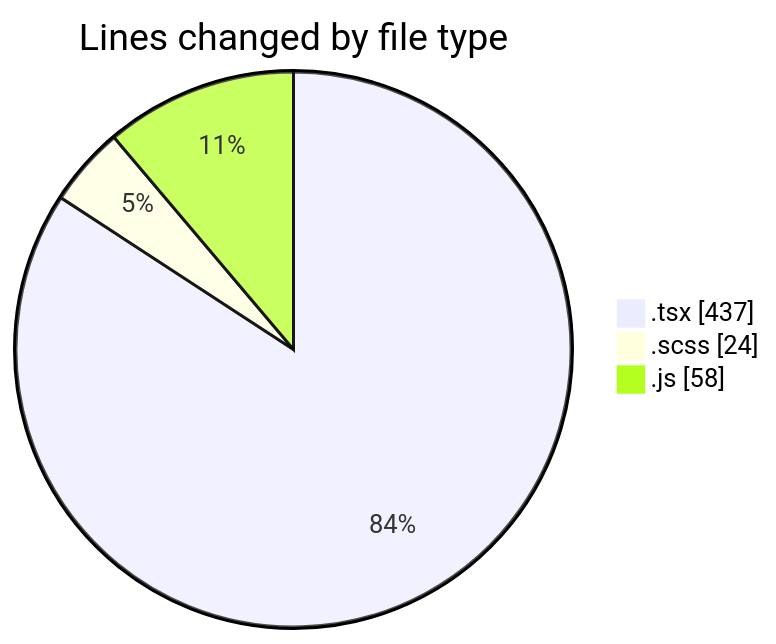
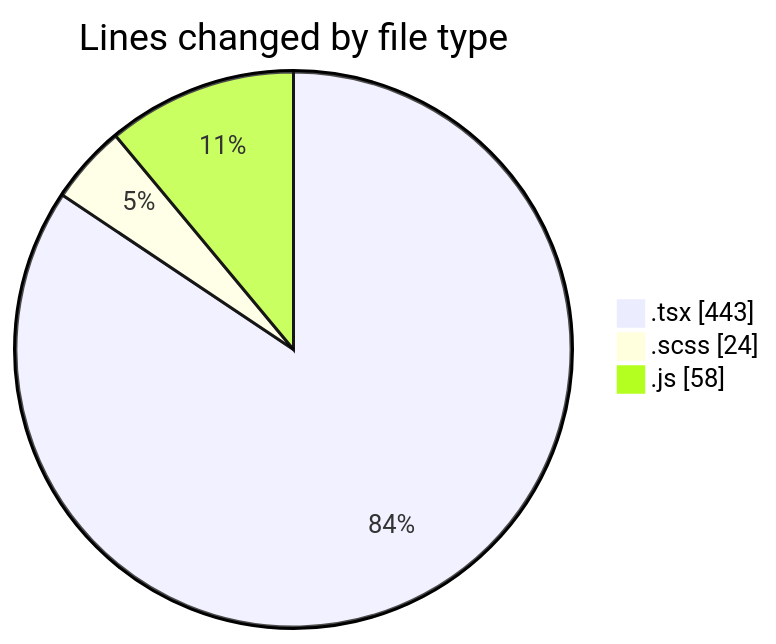
One commit to momahboobian/code-tracking changed the first of 2 diagrams in 2025-05-02/cda/README.md. Above: the diagram before and after it, drawn with Mermaid. The commit also changed other lines of this file and 1 other file, not shown here.

````diff
--- a/2025-05-02/cda/README.md
+++ b/2025-05-02/cda/README.md
@@ -23,7 +23,7 @@
 ```mermaid
 pie showData
 title Lines changed by file type
-".tsx" : 437
+".tsx" : 443
 ".scss" : 24
 ".js" : 58
 ```
````
